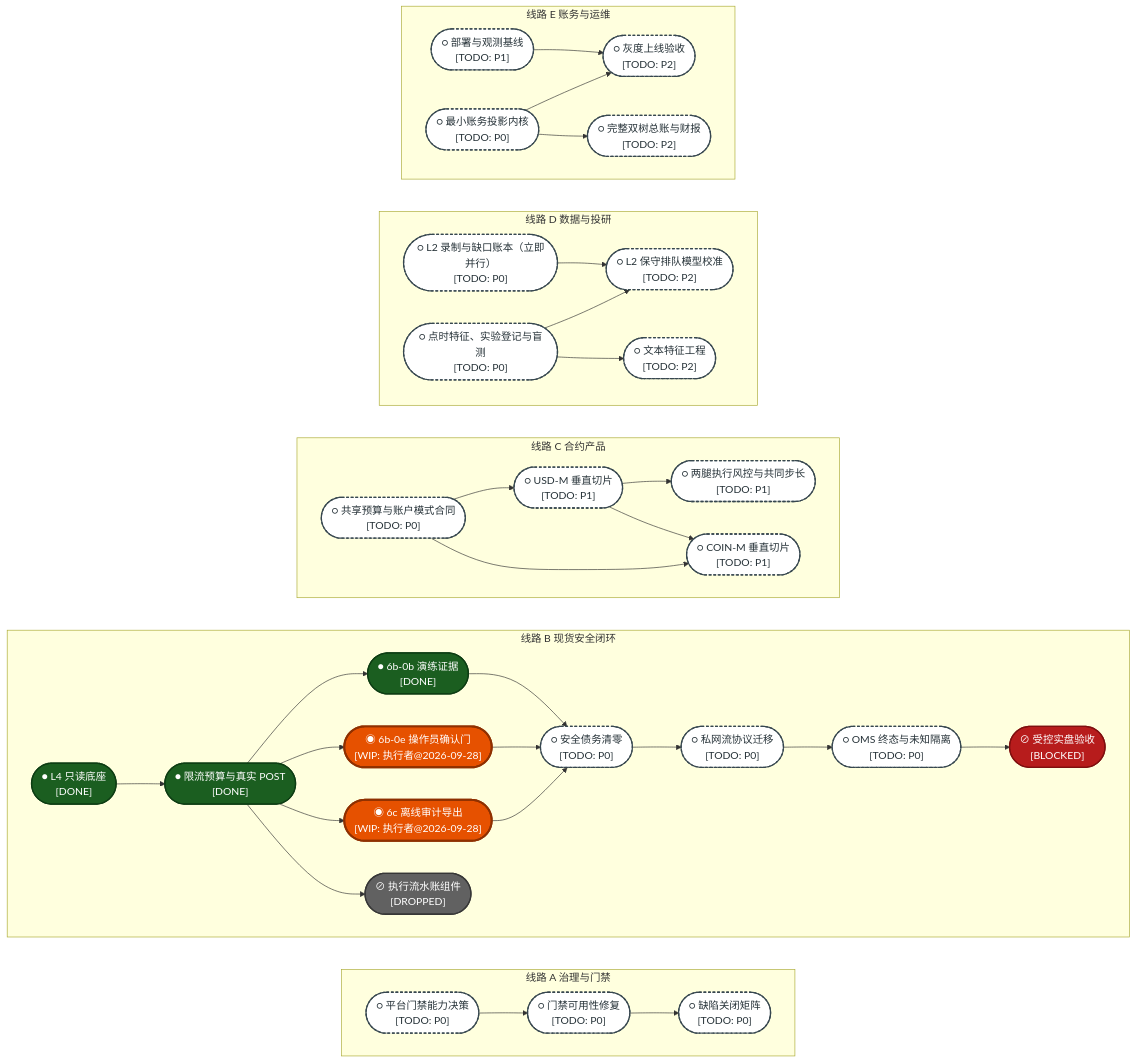
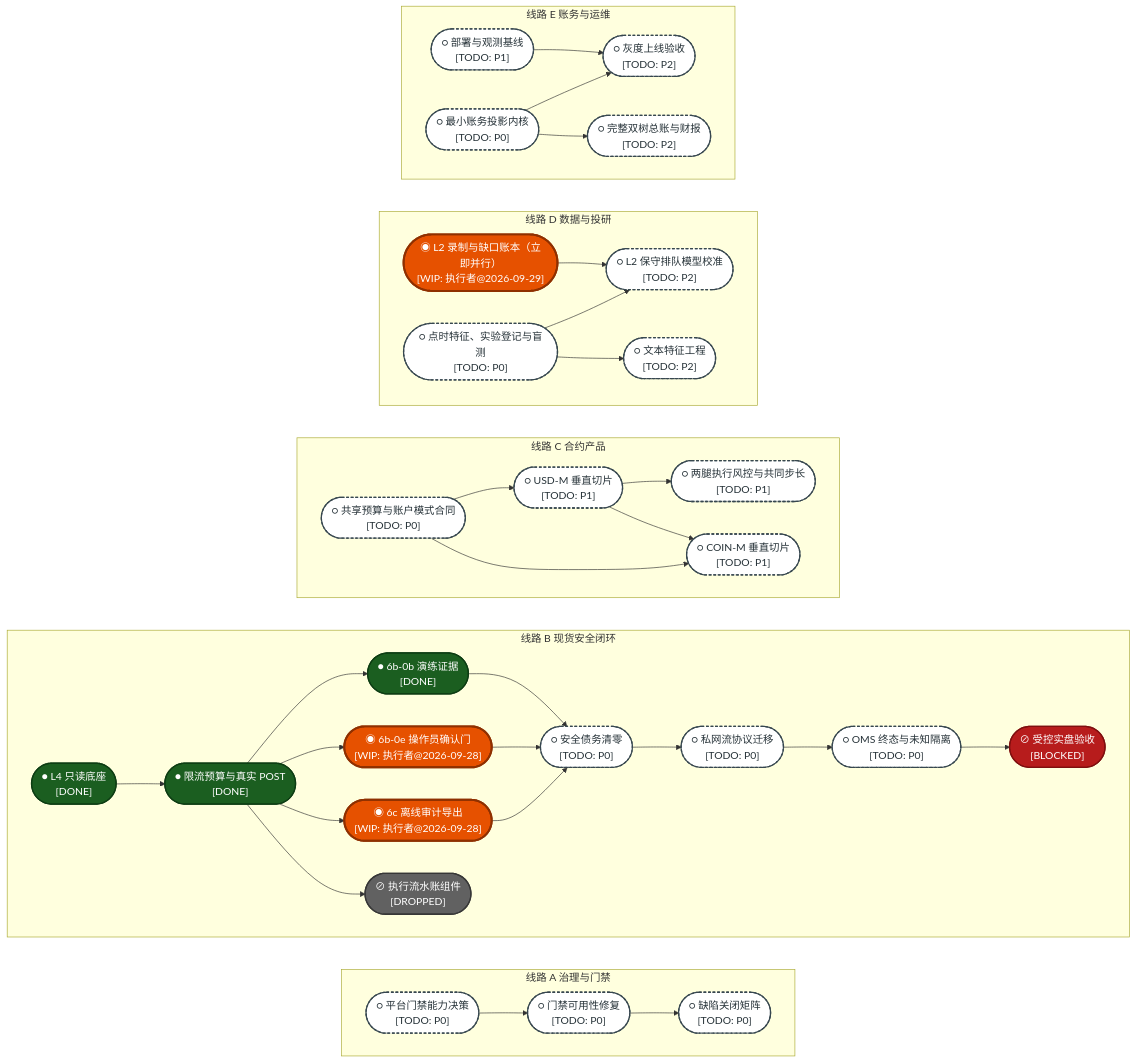
The first of 5 diagrams in docs/HengYuan_v2_全自动量化实盘系统实施指南与TODOLIST.md (EypeZeo/hengyuan_v2), drawn with Mermaid before and after one commit. The commit also changed other lines of this file and 1 other file, not shown here.

````diff
--- a/docs/HengYuan_v2_全自动量化实盘系统实施指南与TODOLIST.md
+++ b/docs/HengYuan_v2_全自动量化实盘系统实施指南与TODOLIST.md
@@ -145,7 +145,7 @@
 
     subgraph LD ["线路 D 数据与投研"]
         direction LR
-        D0(["○ L2 录制与缺口账本（立即并行）<br/>[TODO: P0]"])
+        D0(["◉ L2 录制与缺口账本（立即并行）<br/>[WIP: 执行者@2026-09-29]"])
         D1(["○ 点时特征、实验登记与盲测<br/>[TODO: P0]"])
         D2(["○ L2 保守排队模型校准<br/>[TODO: P2]"])
         D3(["○ 文本特征工程<br/>[TODO: P2]"])
@@ -167,8 +167,8 @@
 
     class B0,B1 done
     class B2 done
-    class B3,B4 wip
-    class A0,A1,A2,B5,B6,B7,C0,C1,C2,C3,D0,D1,D2,D3,E0,E1,E2,E3 todo
+    class B3,B4,D0 wip
+    class A0,A1,A2,B5,B6,B7,C0,C1,C2,C3,D1,D2,D3,E0,E1,E2,E3 todo
     class B8 blocked
     class BD dropped
 ```
````
